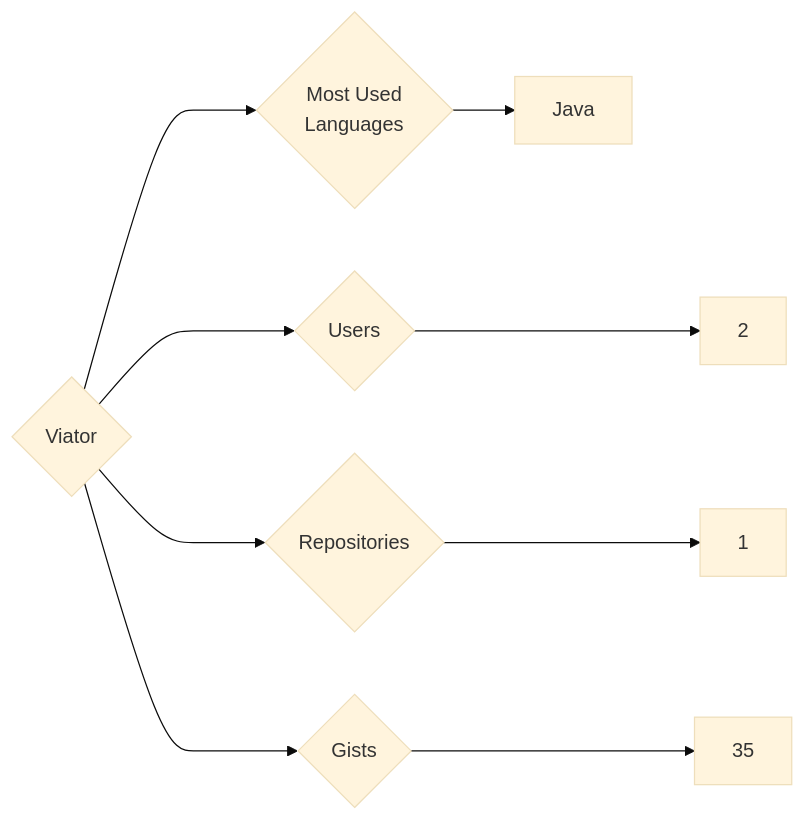
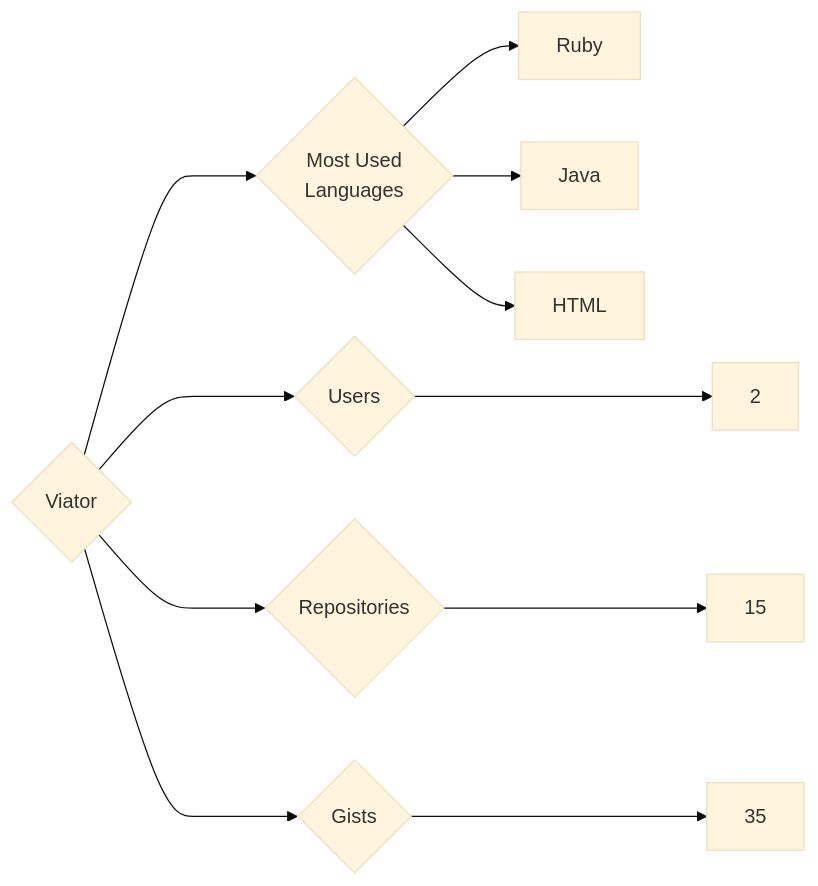
Before and after one commit to trickest/insiders: the diagram in targets/Viator/README.md, drawn with Mermaid (base theme). The commit also changed 1479 other files, not shown here.

````diff
--- a/targets/Viator/README.md
+++ b/targets/Viator/README.md
@@ -3,9 +3,11 @@
 ```mermaid
 graph LR
 COMPANY_NAME{Viator}
 COMPANY_NAME ---> U{Users} ---> UN[2]
-COMPANY_NAME ---> R{Repositories} ---> RN[1]
+COMPANY_NAME ---> R{Repositories} ---> RN[15]
 COMPANY_NAME ---> G{Gists} ---> GN[35]
 COMPANY_NAME ---> ML{Most Used<br>Languages}
+ML --> Ruby[Ruby]
 ML --> Java[Java]
+ML --> HTML[HTML]
 ```
````
